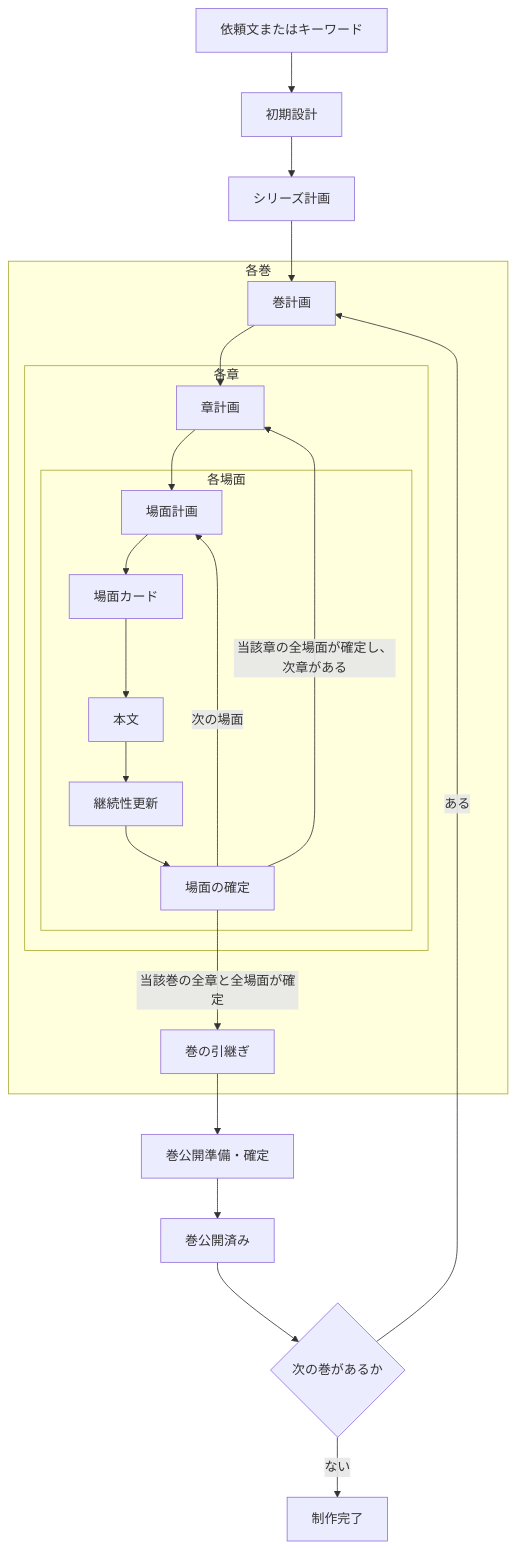
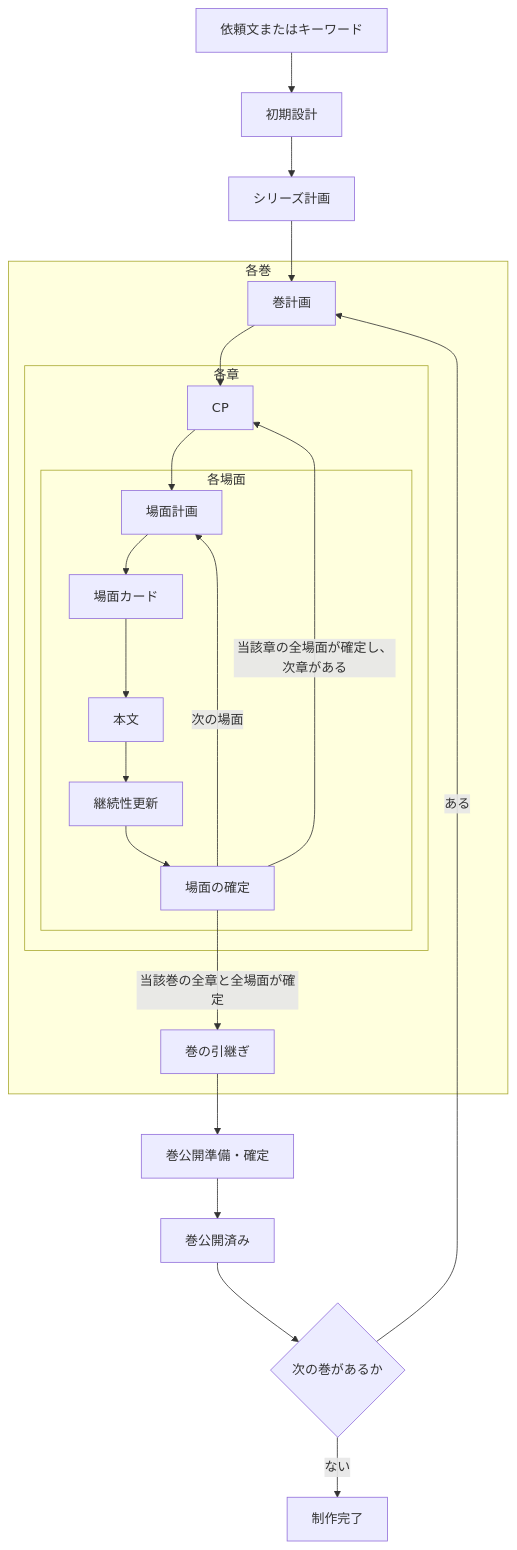
One commit to goura32/storycraft changed the diagram in docs/SPECIFICATION.md. Above: the diagram before and after it, drawn with Mermaid. The commit also changed other lines of this file and 3 other files, not shown here.

````diff
--- a/docs/SPECIFICATION.md
+++ b/docs/SPECIFICATION.md
@@ -59,26 +59,26 @@
 ```mermaid
 flowchart TD
   I[依頼文またはキーワード] --> D[初期設計]
   D --> S[シリーズ計画]
-  S --> VP[巻計画]
+  S --> VP
   subgraph V[各巻]
-    VP --> CP[章計画]
+    VP[巻計画] --> CP
     subgraph C[各章]
       CP --> SP[場面計画]
       subgraph P[各場面]
         SP --> K[場面カード]
         K --> W[本文]
         W --> N[継続性更新]
         N --> M[場面の確定]
         M -->|次の場面| SP
       end
       M -->|当該章の全場面が確定し、次章がある| CP
     end
     M -->|当該巻の全章と全場面が確定| H[巻の引継ぎ]
   end
   H --> VQ[巻公開準備・確定]
   VQ --> VE[巻公開済み]
   VE --> X{次の巻があるか}
   X -->|ある| VP
   X -->|ない| E[制作完了]
 ```
````
